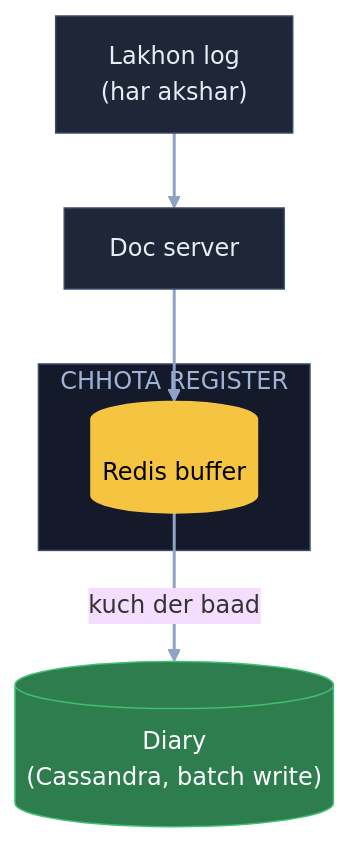
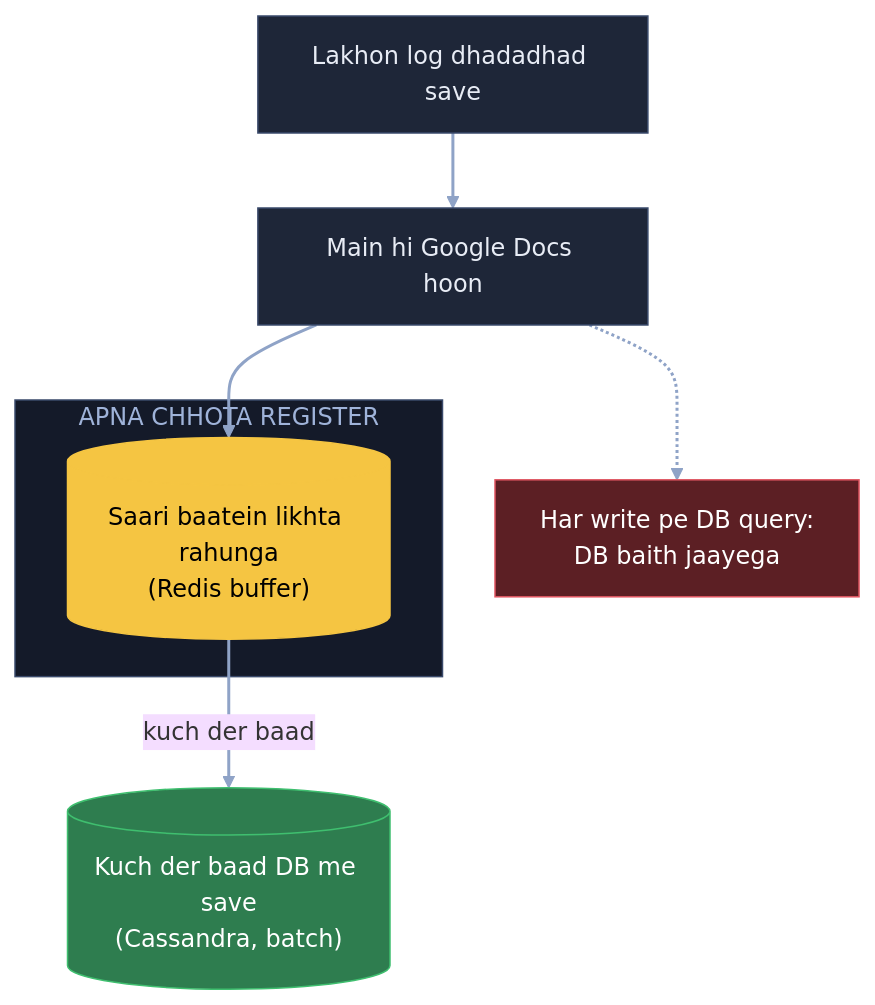
One commit to ArpanMaheshwari144/Prep changed the second of 7 diagrams in 04_HLD/SYSTEM_DESIGNS/11_google_docs_collab/11_google_docs_collab.md. Above: the diagram before and after it, drawn with Mermaid (base theme). The commit also changed other lines of this file, not shown here.

Commit message:
Docs: 7 diagram hand notes ke shabdon se, K5 me 500 copy / paisa / interviewer wali baat notes jaisi

````diff
--- a/04_HLD/SYSTEM_DESIGNS/11_google_docs_collab/11_google_docs_collab.md
+++ b/04_HLD/SYSTEM_DESIGNS/11_google_docs_collab/11_google_docs_collab.md
@@ -68,18 +70,20 @@
 ```mermaid
 flowchart TB
-    U["Lakhon log<br/>(har akshar)"]:::card
-    S["Doc server"]:::card
-    subgraph CR["CHHOTA REGISTER"]
-        B[("Redis buffer")]:::pill
+    U["Lakhon log dhadadhad save"]:::card
+    S["Main hi Google Docs hoon"]:::card
+    subgraph CR["APNA CHHOTA REGISTER"]
+        B[("Saari baatein likhta rahunga<br/>(Redis buffer)")]:::pill
     end
-    D[("Diary<br/>(Cassandra, batch write)")]:::good
+    D[("Kuch der baad DB me save<br/>(Cassandra, batch)")]:::good
+    X["Har write pe DB query:<br/>DB baith jaayega"]:::bad
     U --> S
     S --> B
     B -- "kuch der baad" --> D
+    S -.-> X
     linkStyle default stroke:#8fa3c7,stroke-width:2px
     classDef card fill:#1e2638,stroke:#3a4a6b,color:#e8ecf5
     classDef pill fill:#f5c542,stroke:#f5c542,color:#000
     classDef good fill:#2e7d4f,stroke:#3fbf6f,color:#fff
     classDef bad fill:#5c1f24,stroke:#e05561,color:#fff
     style CR fill:#141a29,stroke:#3a4a6b,color:#9fb3d9
 ```
````
